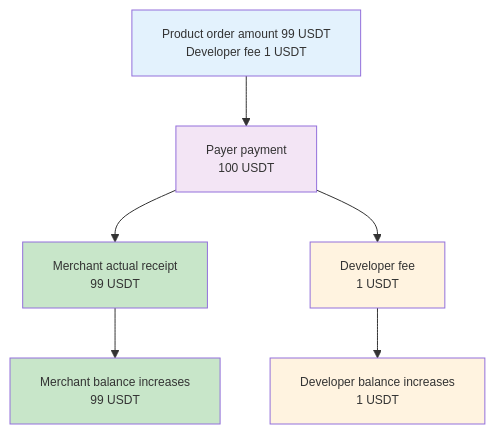
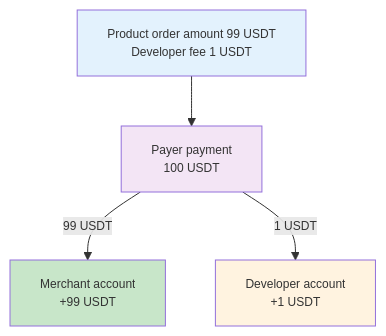
One commit to CoboGlobal/payments-manual changed the third of 5 diagrams in payments/en/guides/amounts-and-balances.mdx. Above: the diagram before and after it, drawn with Mermaid. The commit also changed other lines of this file and 5 other files, not shown here.

````diff
--- a/payments/en/guides/amounts-and-balances.mdx
+++ b/payments/en/guides/amounts-and-balances.mdx
@@ -98,18 +94,13 @@
 ```mermaid
 %%{init: {'themeVariables': { 'fontSize': '12px'}}}%%
 graph TD
     A[Product order amount 99 USDT<br/>Developer fee 1 USDT] --> B[Payer payment<br/>100 USDT]
     
-    B --> C[Merchant actual receipt<br/>99 USDT]
-    B --> D[Developer fee<br/>1 USDT]
-    
-    C --> E[Merchant balance increases<br/>99 USDT]
-    D --> F[Developer balance increases<br/>1 USDT]
+    B -->|99 USDT| E[Merchant account<br/>+99 USDT]
+    B -->|1 USDT| F[Developer account<br/>+1 USDT]
     
     style A fill:#e3f2fd
     style B fill:#f3e5f5
-    style C fill:#c8e6c9
-    style D fill:#fff3e0
     style E fill:#c8e6c9
     style F fill:#fff3e0
 ```
````
